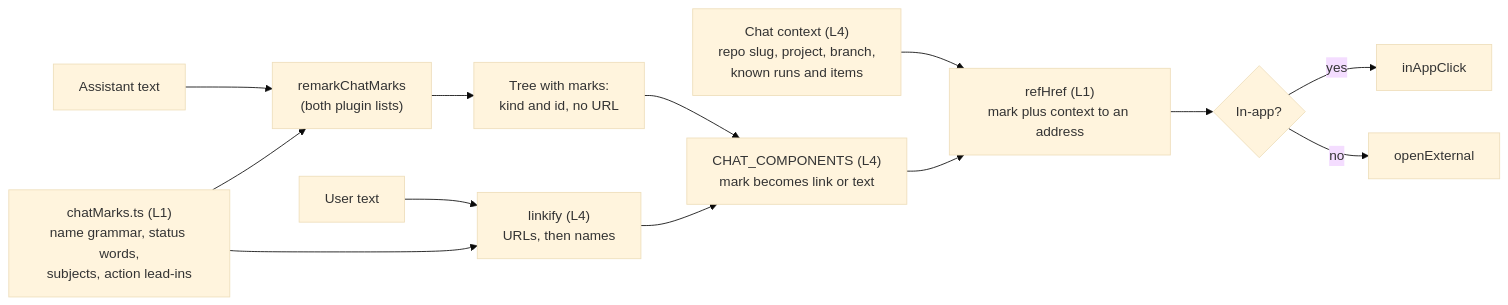
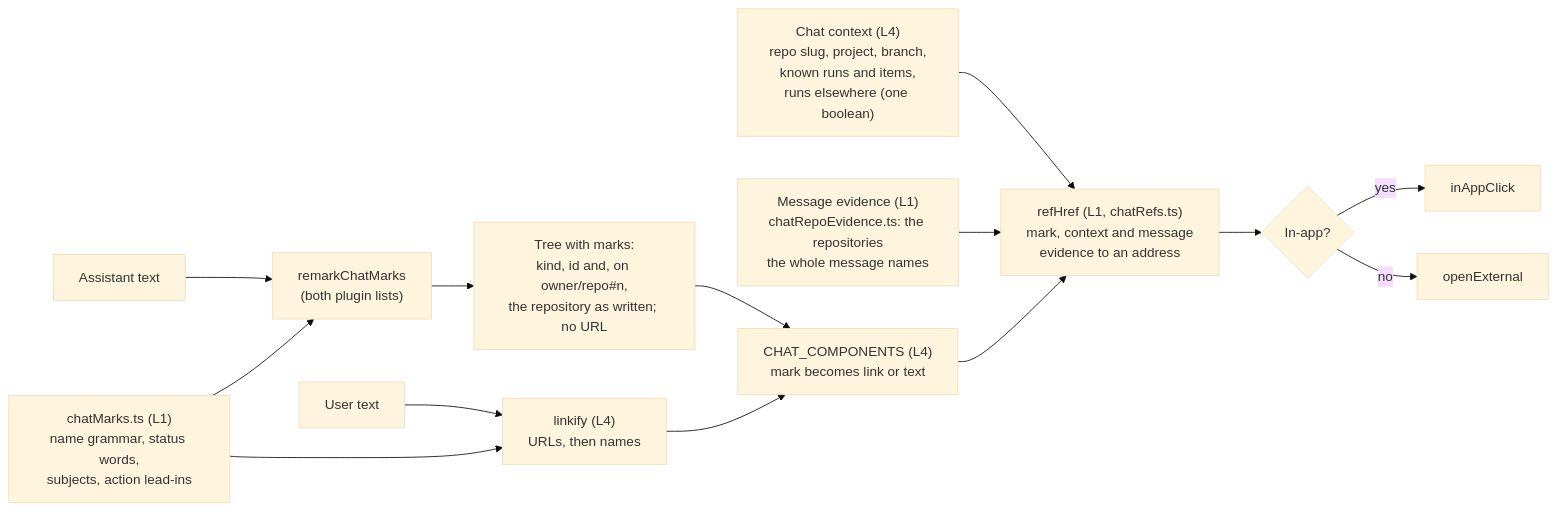
The third of 3 diagrams in docs/superpowers/specs/2026-11-06-chat-reading-design.md (Synapsium-Labs/ccrc-pwa), drawn with Mermaid (base theme) before and after one commit. The commit also changed other lines of this file and 18 other files, not shown here.

First line of the commit message:
fix(chat): a PR or commit name opens the repository the message means, or stays text (Task C21, D-8172) (#2564)

````diff
--- a/docs/superpowers/specs/2026-11-06-chat-reading-design.md
+++ b/docs/superpowers/specs/2026-11-06-chat-reading-design.md
@@ -173,15 +173,16 @@
 ```mermaid
 flowchart LR
   f3A["Assistant text"] --> f3P["remarkChatMarks<br/>(both plugin lists)"]
   f3G["chatMarks.ts (L1)<br/>name grammar, status words,<br/>subjects, action lead-ins"] --> f3P
-  f3P --> f3H["Tree with marks:<br/>kind and id, no URL"]
+  f3P --> f3H["Tree with marks:<br/>kind, id and, on owner/repo#n,<br/>the repository as written; no URL"]
   f3H --> f3R["CHAT_COMPONENTS (L4)<br/>mark becomes link or text"]
   f3U["User text"] --> f3LK["linkify (L4)<br/>URLs, then names"]
   f3G --> f3LK
   f3LK --> f3R
-  f3X["Chat context (L4)<br/>repo slug, project, branch,<br/>known runs and items"] --> f3RH["refHref (L1)<br/>mark plus context to an address"]
+  f3X["Chat context (L4)<br/>repo slug, project, branch,<br/>known runs and items,<br/>runs elsewhere (one boolean)"] --> f3RH["refHref (L1, chatRefs.ts)<br/>mark, context and message<br/>evidence to an address"]
+  f3M["Message evidence (L1)<br/>chatRepoEvidence.ts: the repositories<br/>the whole message names"] --> f3RH
   f3R --> f3RH
   f3RH --> f3N{"In-app?"}
   f3N -- "yes" --> f3IA["inAppClick"]
   f3N -- "no" --> f3EX["openExternal"]
 ```
````
